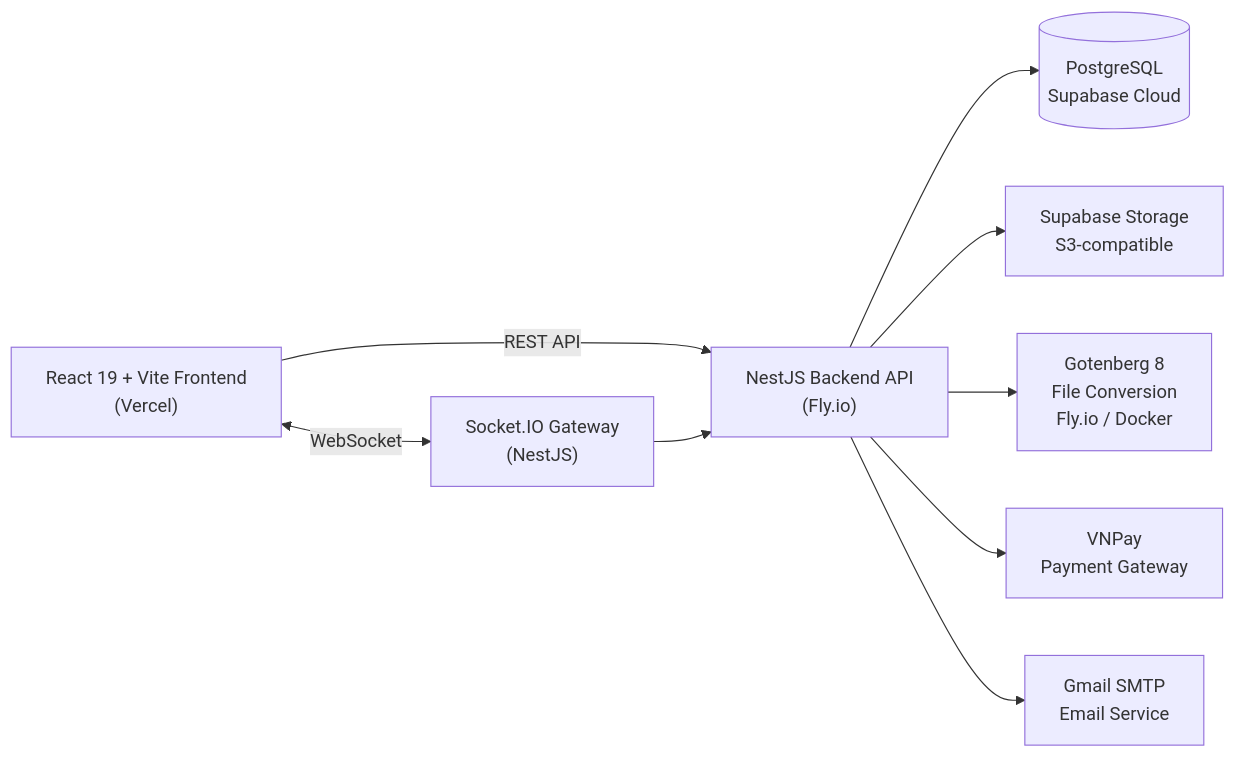
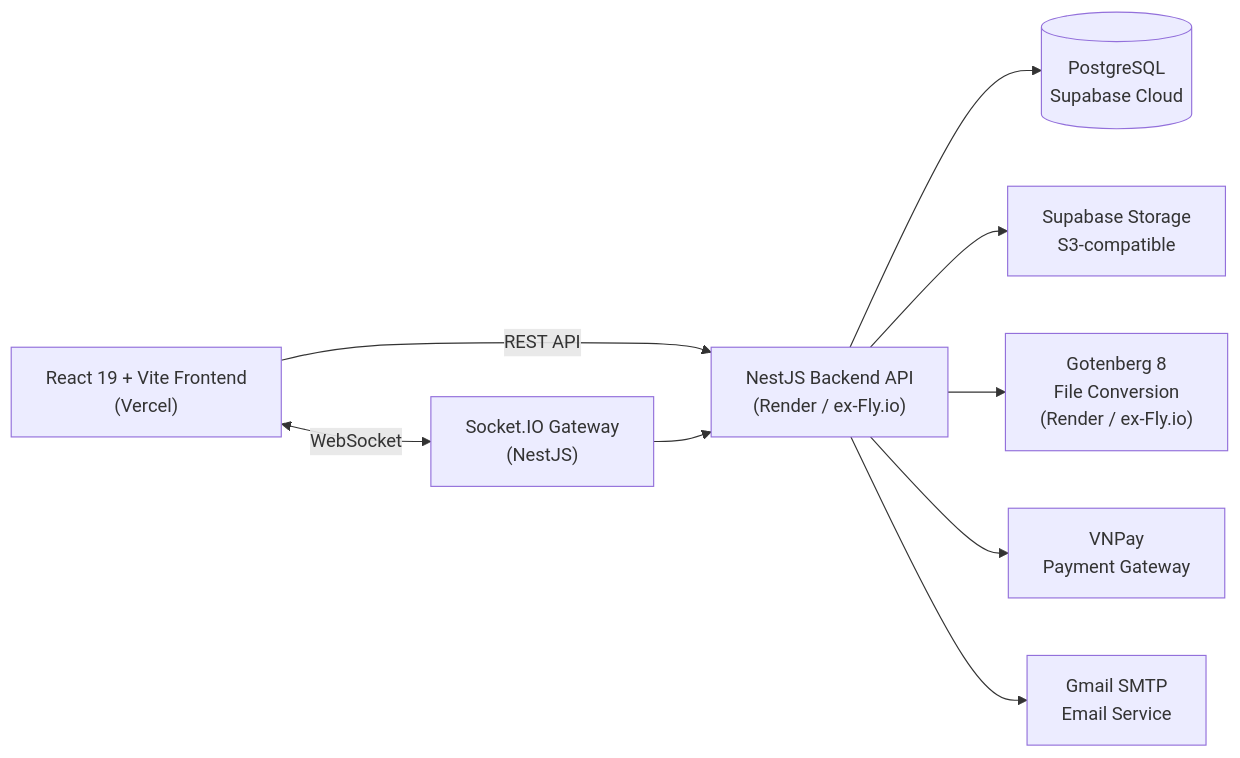
The diagram in README.md (MinhTuNguyen02/STUDYDOCS), drawn with Mermaid before and after one commit. The commit also changed other lines of this file, not shown here.

Commit message:
docs: update deployment URLs to Render and document Fly.io migration history

````diff
--- a/README.md
+++ b/README.md
@@ -52,12 +60,12 @@
 ```mermaid
 flowchart LR
-    FE["React 19 + Vite Frontend\n(Vercel)"] -->|REST API| API["NestJS Backend API\n(Fly.io)"]
+    FE["React 19 + Vite Frontend\n(Vercel)"] -->|REST API| API["NestJS Backend API\n(Render / ex-Fly.io)"]
     FE <-->|WebSocket| WS["Socket.IO Gateway\n(NestJS)"]
     WS --> API
 
     API --> DB[(PostgreSQL\nSupabase Cloud)]
     API --> Storage["Supabase Storage\nS3-compatible"]
-    API --> Gotenberg["Gotenberg 8\nFile Conversion\nFly.io / Docker"]
+    API --> Gotenberg["Gotenberg 8\nFile Conversion\n(Render / ex-Fly.io)"]
     API --> VNPay["VNPay\nPayment Gateway"]
     API --> Mail["Gmail SMTP\nEmail Service"]
 ```
````
